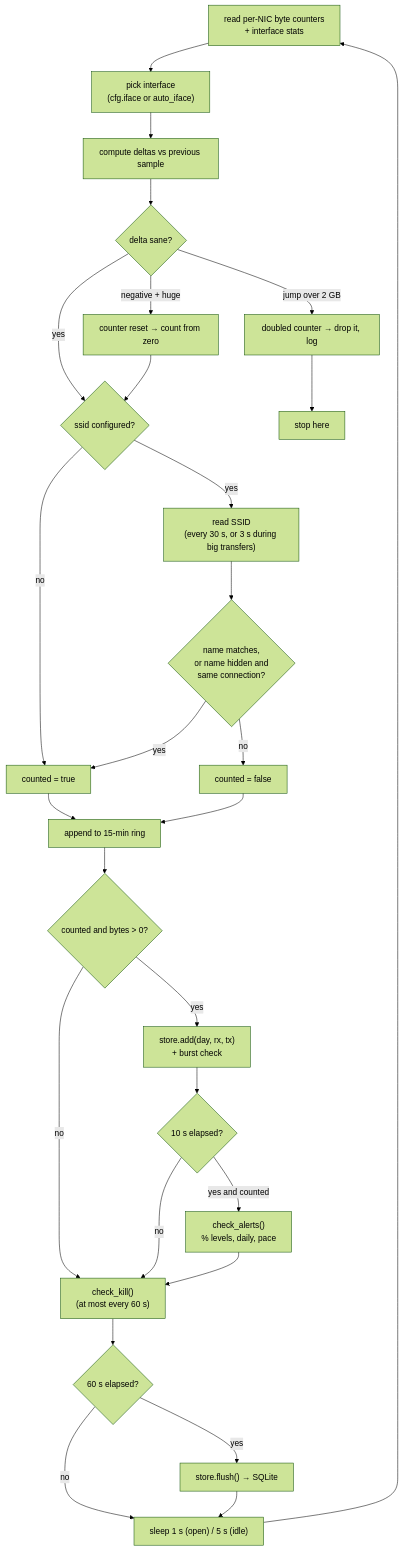
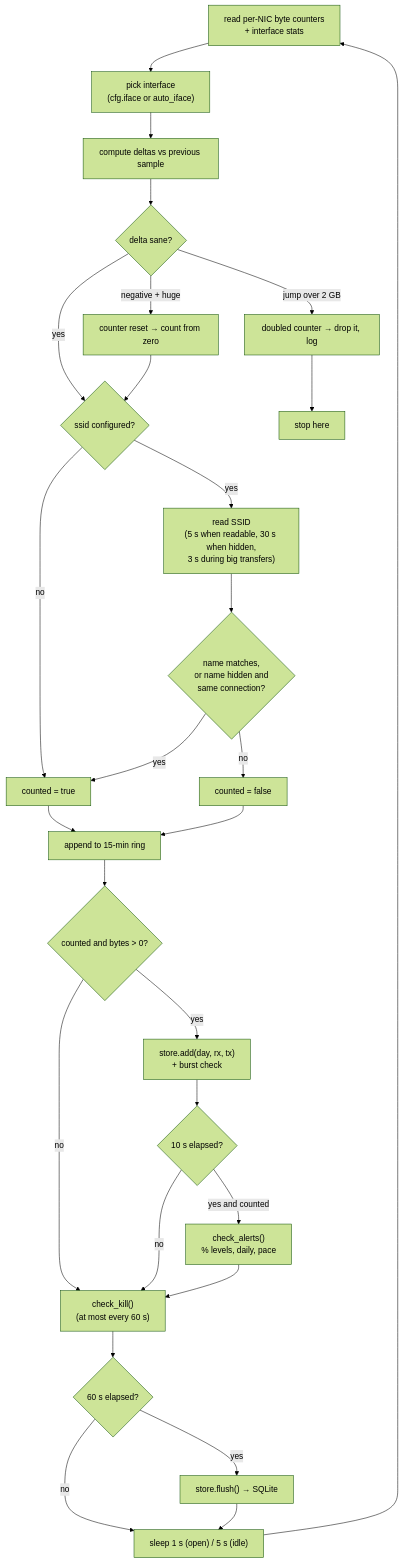
The third of 7 diagrams in README.md (yassine808/network-tracker), drawn with Mermaid (forest theme) before and after one commit. The commit also changed other lines of this file and 2 other files, not shown here.

````diff
--- a/README.md
+++ b/README.md
@@ -332,30 +333,30 @@
 ```mermaid
 flowchart TD
     S["read per-NIC byte counters<br/>+ interface stats"] --> I1["pick interface<br/>(cfg.iface or auto_iface)"]
     I1 --> D["compute deltas vs previous sample"]
     D --> Q{"delta sane?"}
     Q -->|"negative + huge"| Q1["counter reset → count from zero"]
     Q -->|"jump over 2 GB"| Q2["doubled counter → drop it, log"]
     Q -->|yes| G{"ssid configured?"}
     Q1 --> G
     Q2 --> STOP["stop here"]
     G -->|no| CNT["counted = true"]
-    G -->|yes| R["read SSID<br/>(every 30 s, or 3 s during big transfers)"]
+    G -->|yes| R["read SSID<br/>(5 s when readable, 30 s when hidden,<br/>3 s during big transfers)"]
     R --> M{"name matches,<br/>or name hidden and<br/>same connection?"}
     M -->|yes| CNT
     M -->|no| NC["counted = false"]
     CNT --> P1["append to 15-min ring"]
     NC --> P1
     P1 --> Z{"counted and bytes > 0?"}
     Z -->|yes| ADD["store.add(day, rx, tx)<br/>+ burst check"]
     Z -->|no| A2
     ADD --> A1{"10 s elapsed?"}
     A1 -->|yes and counted| AL["check_alerts()<br/>% levels, daily, pace"]
     A1 -->|no| A2["check_kill()<br/>(at most every 60 s)"]
     AL --> A2
     A2 --> F{"60 s elapsed?"}
     F -->|yes| FL["store.flush() → SQLite"]
     F -->|no| LOOP["sleep 1 s (open) / 5 s (idle)"]
     FL --> LOOP
     LOOP --> S
 ```
````
